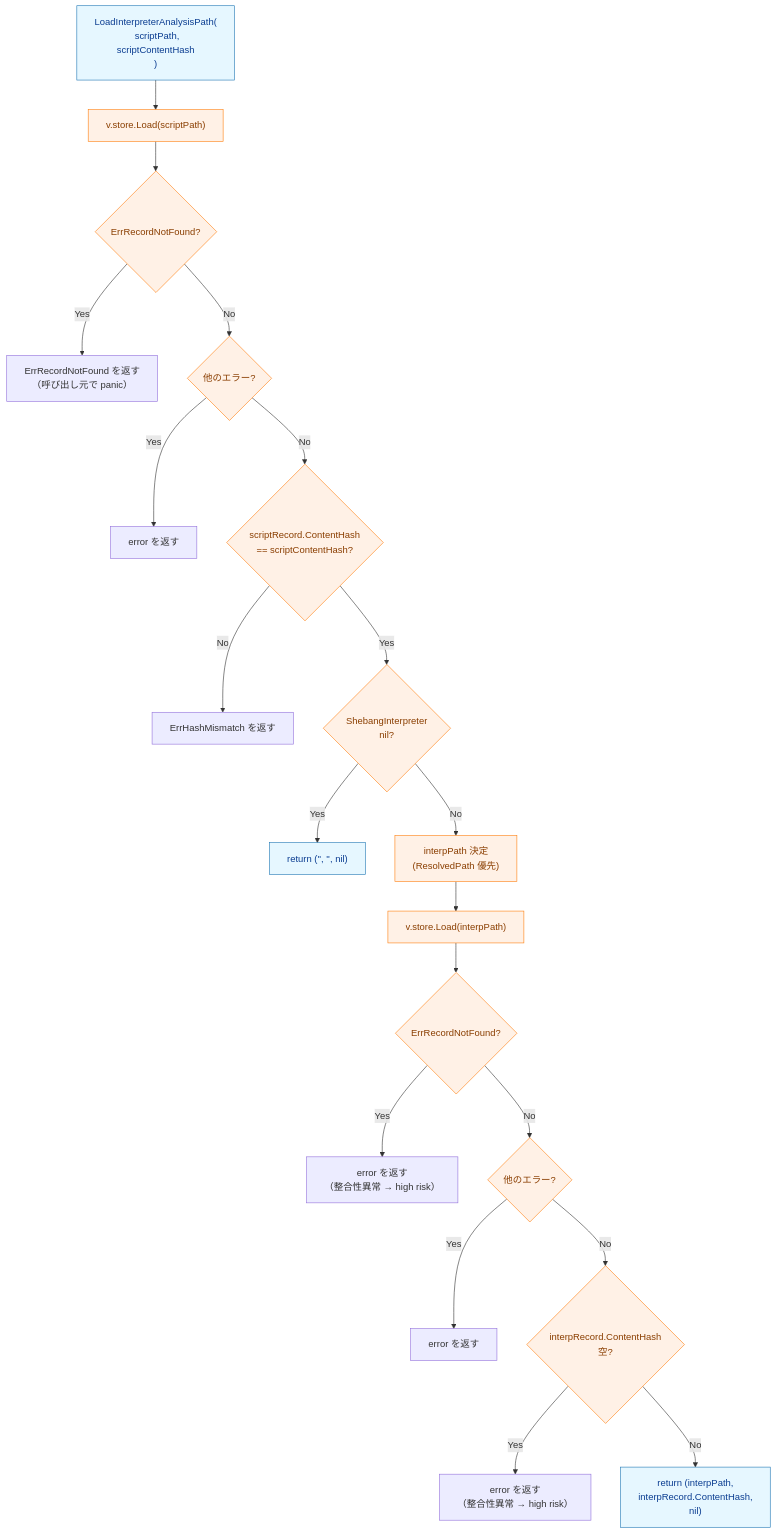
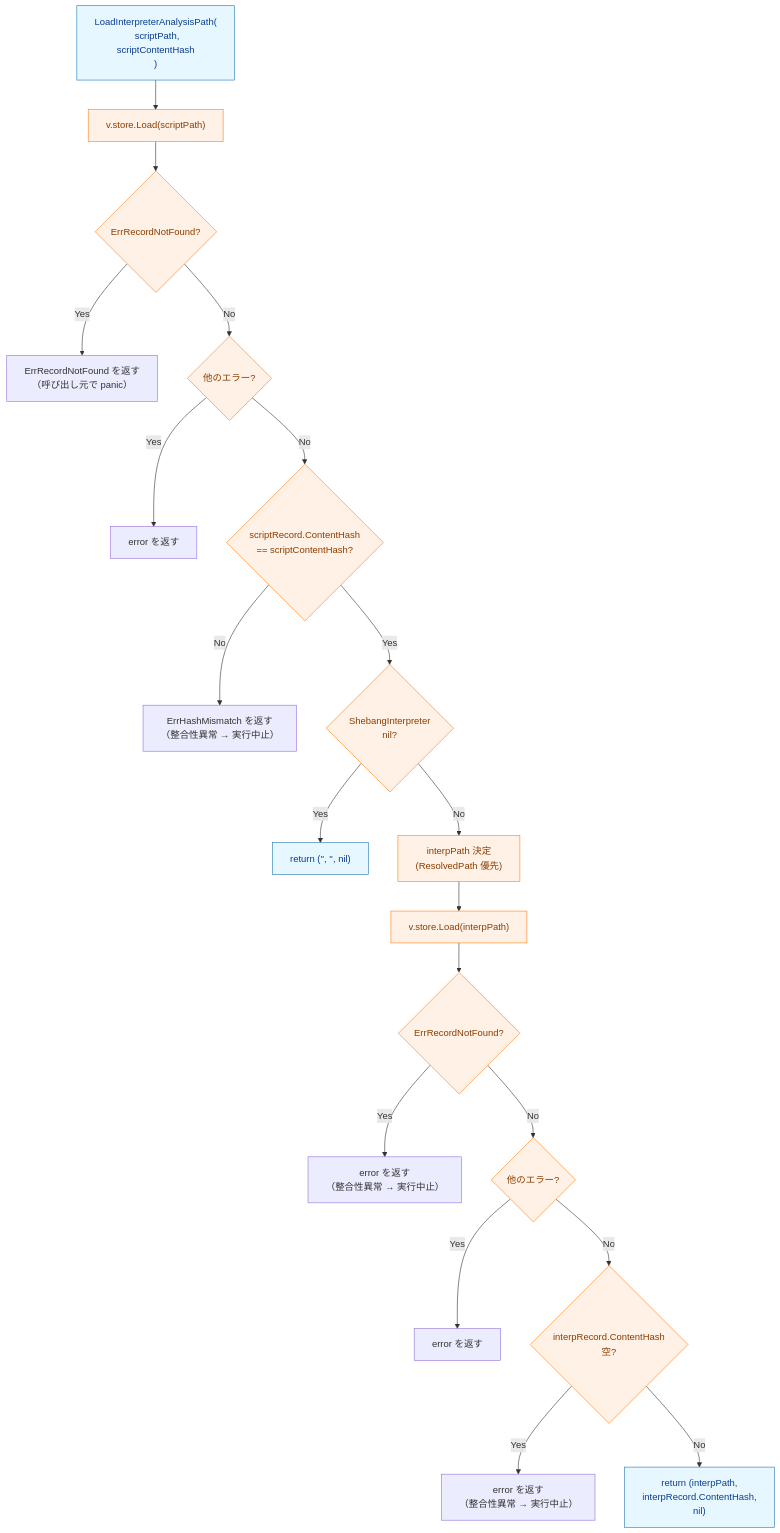
Before and after one commit to isseis/go-safe-cmd-runner: the fourth of 4 diagrams in docs/tasks/0126_shebang_script_risk_analysis/02_architecture.md, drawn with Mermaid. The commit also changed 3 other files, not shown here.

````diff
--- a/docs/tasks/0126_shebang_script_risk_analysis/02_architecture.md
+++ b/docs/tasks/0126_shebang_script_risk_analysis/02_architecture.md
@@ -109,27 +109,27 @@
 ```mermaid
 flowchart TD
     classDef data fill:#e6f7ff,stroke:#1f77b4,stroke-width:1px,color:#0b3d91;
     classDef process fill:#fff1e6,stroke:#ff7f0e,stroke-width:1px,color:#8a3e00;
 
     START["LoadInterpreterAnalysisPath(<br>  scriptPath, scriptContentHash<br>)"] --> LOAD_S["v.store.Load(scriptPath)"]
     LOAD_S --> NOT_FOUND{"ErrRecordNotFound?"}
     NOT_FOUND -->|"Yes"| RET_ERR0["ErrRecordNotFound を返す<br>（呼び出し元で panic）"]
     NOT_FOUND -->|"No"| ERR1{"他のエラー?"}
     ERR1 -->|"Yes"| RET_ERR1["error を返す"]
     ERR1 -->|"No"| HASH_CHK{"scriptRecord.ContentHash<br>== scriptContentHash?"}
-    HASH_CHK -->|"No"| RET_MISMATCH["ErrHashMismatch を返す"]
+    HASH_CHK -->|"No"| RET_MISMATCH["ErrHashMismatch を返す<br>（整合性異常 → 実行中止）"]
     HASH_CHK -->|"Yes"| SI{"ShebangInterpreter<br>nil?"}
     SI -->|"Yes"| RET_NIL2["return ('', '', nil)"]
     SI -->|"No"| IPATH["interpPath 決定<br>(ResolvedPath 優先)"]
     IPATH --> LOAD_I["v.store.Load(interpPath)"]
     LOAD_I --> NOT_FOUND2{"ErrRecordNotFound?"}
-    NOT_FOUND2 -->|"Yes"| RET_ERR3["error を返す<br>（整合性異常 → high risk）"]
+    NOT_FOUND2 -->|"Yes"| RET_ERR3["error を返す<br>（整合性異常 → 実行中止）"]
     NOT_FOUND2 -->|"No"| ERR2{"他のエラー?"}
     ERR2 -->|"Yes"| RET_ERR2["error を返す"]
     ERR2 -->|"No"| HASH_EMPTY{"interpRecord.ContentHash<br>空?"}
-    HASH_EMPTY -->|"Yes"| RET_ERR4["error を返す<br>（整合性異常 → high risk）"]
+    HASH_EMPTY -->|"Yes"| RET_ERR4["error を返す<br>（整合性異常 → 実行中止）"]
     HASH_EMPTY -->|"No"| RET_OK["return (interpPath,<br>  interpRecord.ContentHash,<br>  nil)"]
 
     class START,RET_NIL2,RET_OK data;
     class LOAD_S,NOT_FOUND,ERR1,HASH_CHK,SI,IPATH,LOAD_I,NOT_FOUND2,ERR2,HASH_EMPTY process;
 ```
````
